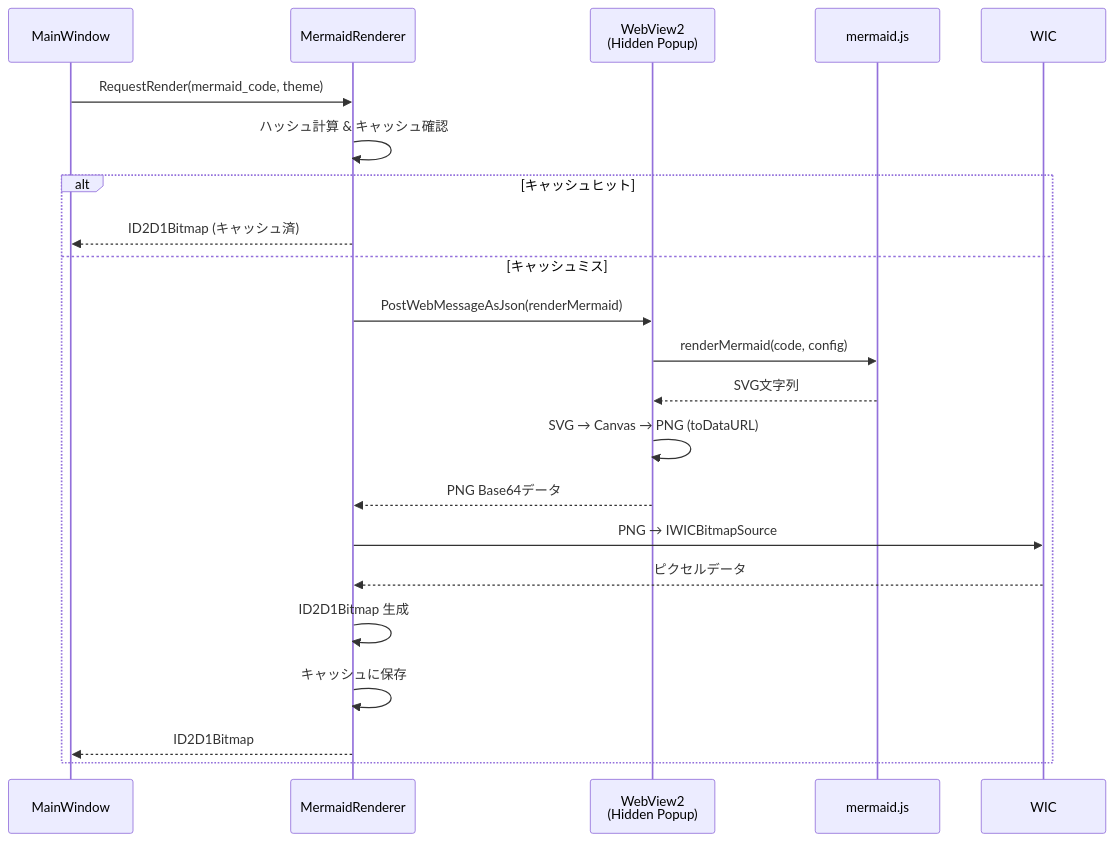
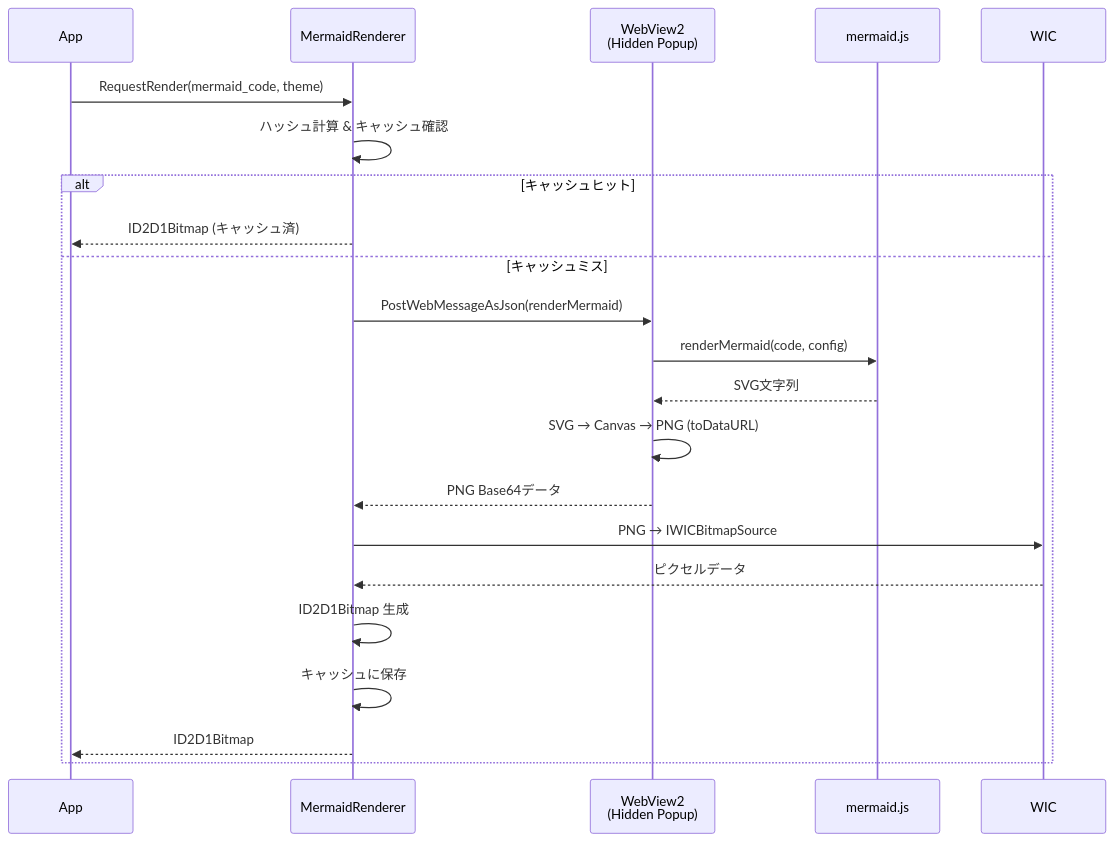
The ninth of 27 diagrams in test.md (tanaton/mendo), drawn with Mermaid before and after one commit. The commit also changed other lines of this file, not shown here.

````diff
--- a/test.md
+++ b/test.md
@@ -603,25 +817,25 @@
 ```mermaid
 sequenceDiagram
-    participant MW as MainWindow
+    participant APP as App
     participant MR as MermaidRenderer
     participant WV as WebView2<br>(Hidden Popup)
     participant JS as mermaid.js
     participant WIC as WIC
 
-    MW->>MR: RequestRender(mermaid_code, theme)
+    APP->>MR: RequestRender(mermaid_code, theme)
     MR->>MR: ハッシュ計算 & キャッシュ確認
     alt キャッシュヒット
-        MR-->>MW: ID2D1Bitmap (キャッシュ済)
+        MR-->>APP: ID2D1Bitmap (キャッシュ済)
     else キャッシュミス
         MR->>WV: PostWebMessageAsJson(renderMermaid)
         WV->>JS: renderMermaid(code, config)
         JS-->>WV: SVG文字列
         WV->>WV: SVG → Canvas → PNG (toDataURL)
         WV-->>MR: PNG Base64データ
         MR->>WIC: PNG → IWICBitmapSource
         WIC-->>MR: ピクセルデータ
         MR->>MR: ID2D1Bitmap 生成
         MR->>MR: キャッシュに保存
-        MR-->>MW: ID2D1Bitmap
+        MR-->>APP: ID2D1Bitmap
     end
 ```
````
